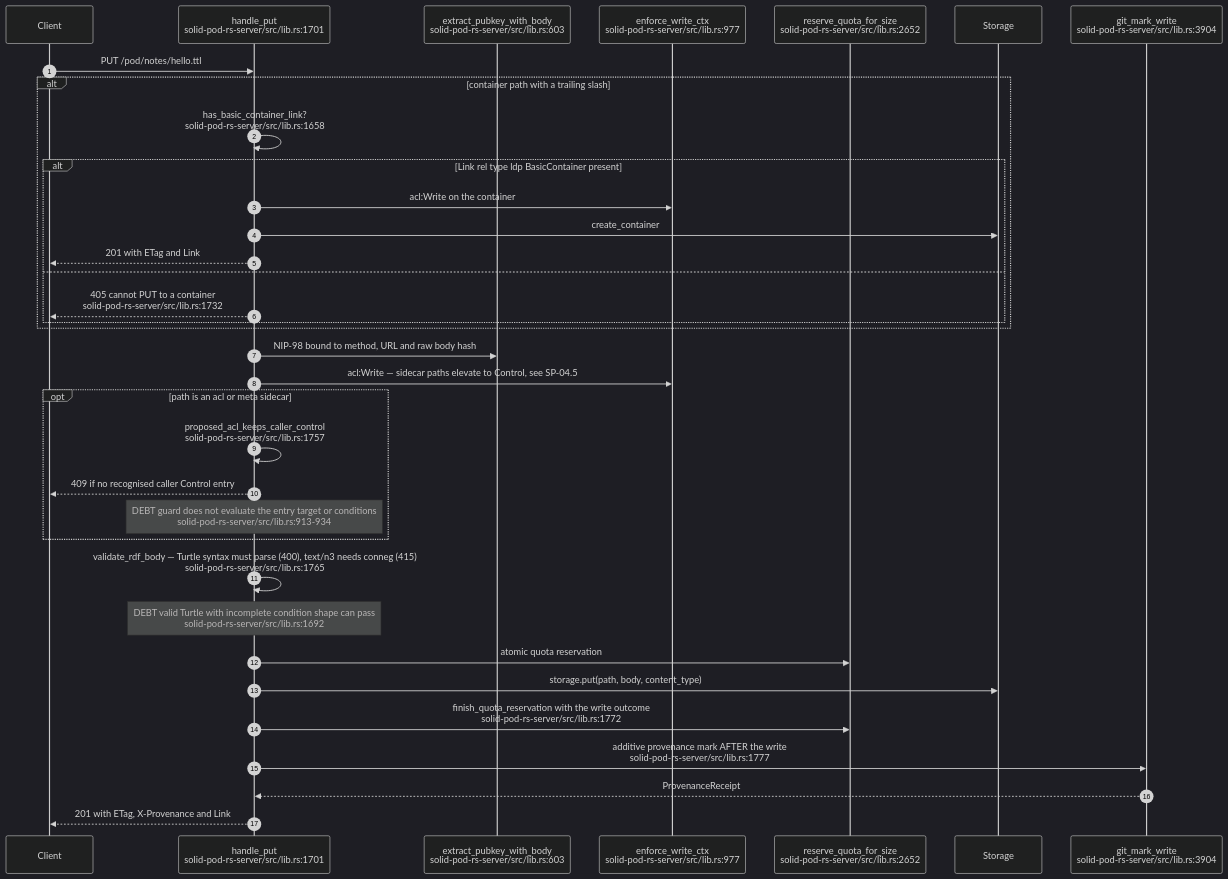
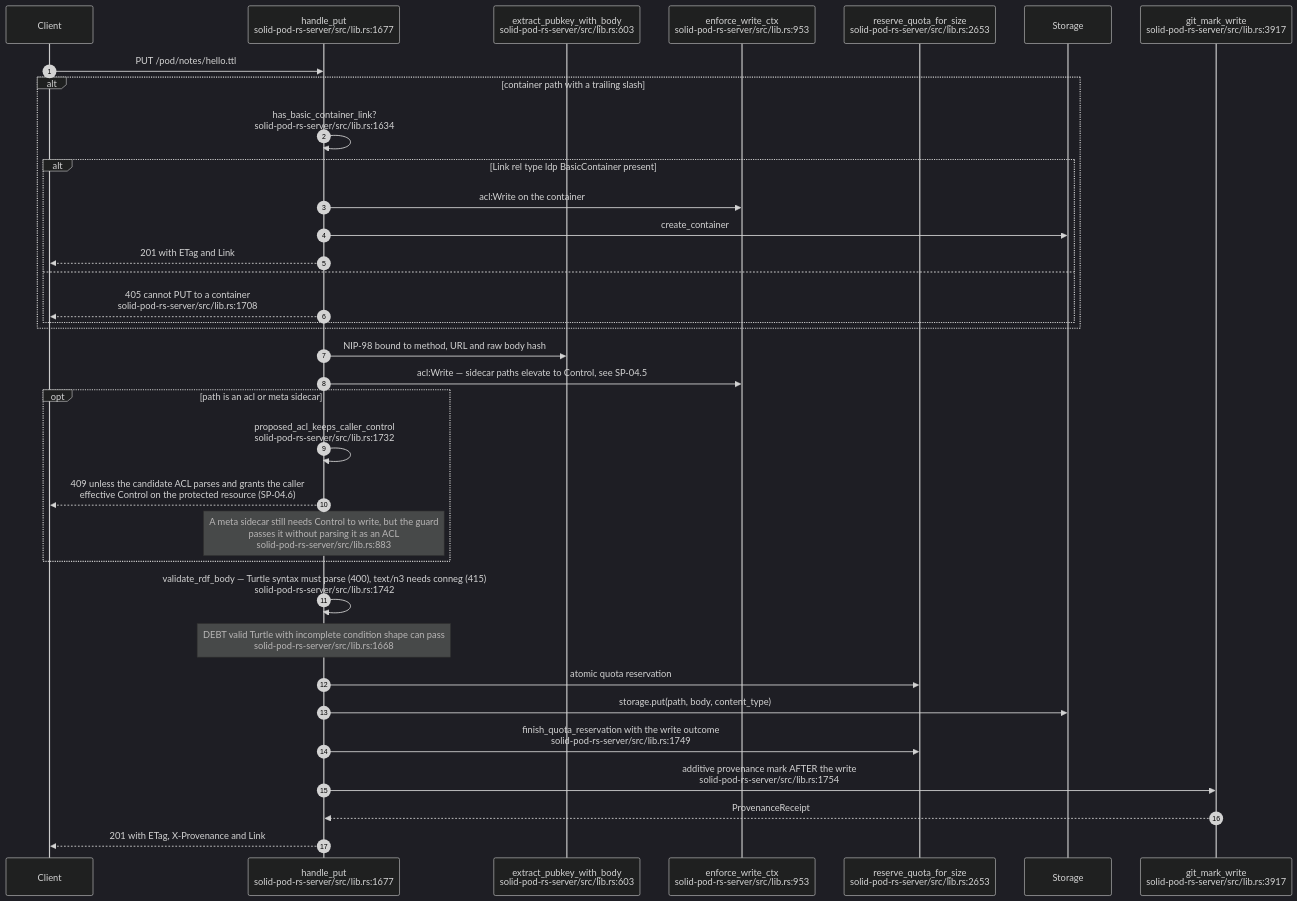
Before and after one commit to DreamLab-AI/VisionFlow: the third of 11 diagrams in docs/diagrams/solid-pod-rs/03-ldp-request-lifecycle.md, drawn with Mermaid (dark theme). The commit also changed other lines of this file and 47 other files, not shown here.

````diff
--- a/docs/diagrams/solid-pod-rs/03-ldp-request-lifecycle.md
+++ b/docs/diagrams/solid-pod-rs/03-ldp-request-lifecycle.md
@@ -86,38 +87,38 @@
 ```mermaid
 sequenceDiagram
     autonumber
     participant C as Client
-    participant P as handle_put<br/>solid-pod-rs-server/src/lib.rs:1701
+    participant P as handle_put<br/>solid-pod-rs-server/src/lib.rs:1677
     participant AU as extract_pubkey_with_body<br/>solid-pod-rs-server/src/lib.rs:603
-    participant W as enforce_write_ctx<br/>solid-pod-rs-server/src/lib.rs:977
-    participant Q as reserve_quota_for_size<br/>solid-pod-rs-server/src/lib.rs:2652
+    participant W as enforce_write_ctx<br/>solid-pod-rs-server/src/lib.rs:953
+    participant Q as reserve_quota_for_size<br/>solid-pod-rs-server/src/lib.rs:2653
     participant S as Storage
-    participant GM as git_mark_write<br/>solid-pod-rs-server/src/lib.rs:3904
+    participant GM as git_mark_write<br/>solid-pod-rs-server/src/lib.rs:3917
 
     C->>P: PUT /pod/notes/hello.ttl
     alt container path with a trailing slash
-        P->>P: has_basic_container_link?<br/>solid-pod-rs-server/src/lib.rs:1658
+        P->>P: has_basic_container_link?<br/>solid-pod-rs-server/src/lib.rs:1634
         alt Link rel type ldp BasicContainer present
             P->>W: acl:Write on the container
             P->>S: create_container
             P-->>C: 201 with ETag and Link
         else
-            P-->>C: 405 cannot PUT to a container<br/>solid-pod-rs-server/src/lib.rs:1732
+            P-->>C: 405 cannot PUT to a container<br/>solid-pod-rs-server/src/lib.rs:1708
         end
     end
     P->>AU: NIP-98 bound to method, URL and raw body hash
     P->>W: acl:Write — sidecar paths elevate to Control, see SP-04.5
     opt path is an acl or meta sidecar
-        P->>P: proposed_acl_keeps_caller_control<br/>solid-pod-rs-server/src/lib.rs:1757
-        P-->>C: 409 if no recognised caller Control entry
-        Note over P: DEBT guard does not evaluate the entry target or conditions<br/>solid-pod-rs-server/src/lib.rs:913-934
+        P->>P: proposed_acl_keeps_caller_control<br/>solid-pod-rs-server/src/lib.rs:1732
+        P-->>C: 409 unless the candidate ACL parses and grants the caller<br/>effective Control on the protected resource (SP-04.6)
+        Note over P: A meta sidecar still needs Control to write, but the guard<br/>passes it without parsing it as an ACL<br/>solid-pod-rs-server/src/lib.rs:883
     end
-    P->>P: validate_rdf_body — Turtle syntax must parse (400), text/n3 needs conneg (415)<br/>solid-pod-rs-server/src/lib.rs:1765
-    Note over P: DEBT valid Turtle with incomplete condition shape can pass<br/>solid-pod-rs-server/src/lib.rs:1692
+    P->>P: validate_rdf_body — Turtle syntax must parse (400), text/n3 needs conneg (415)<br/>solid-pod-rs-server/src/lib.rs:1742
+    Note over P: DEBT valid Turtle with incomplete condition shape can pass<br/>solid-pod-rs-server/src/lib.rs:1668
     P->>Q: atomic quota reservation
     P->>S: storage.put(path, body, content_type)
-    P->>Q: finish_quota_reservation with the write outcome<br/>solid-pod-rs-server/src/lib.rs:1772
-    P->>GM: additive provenance mark AFTER the write<br/>solid-pod-rs-server/src/lib.rs:1777
+    P->>Q: finish_quota_reservation with the write outcome<br/>solid-pod-rs-server/src/lib.rs:1749
+    P->>GM: additive provenance mark AFTER the write<br/>solid-pod-rs-server/src/lib.rs:1754
     GM-->>P: ProvenanceReceipt
     P-->>C: 201 with ETag, X-Provenance and Link
 ```
````
